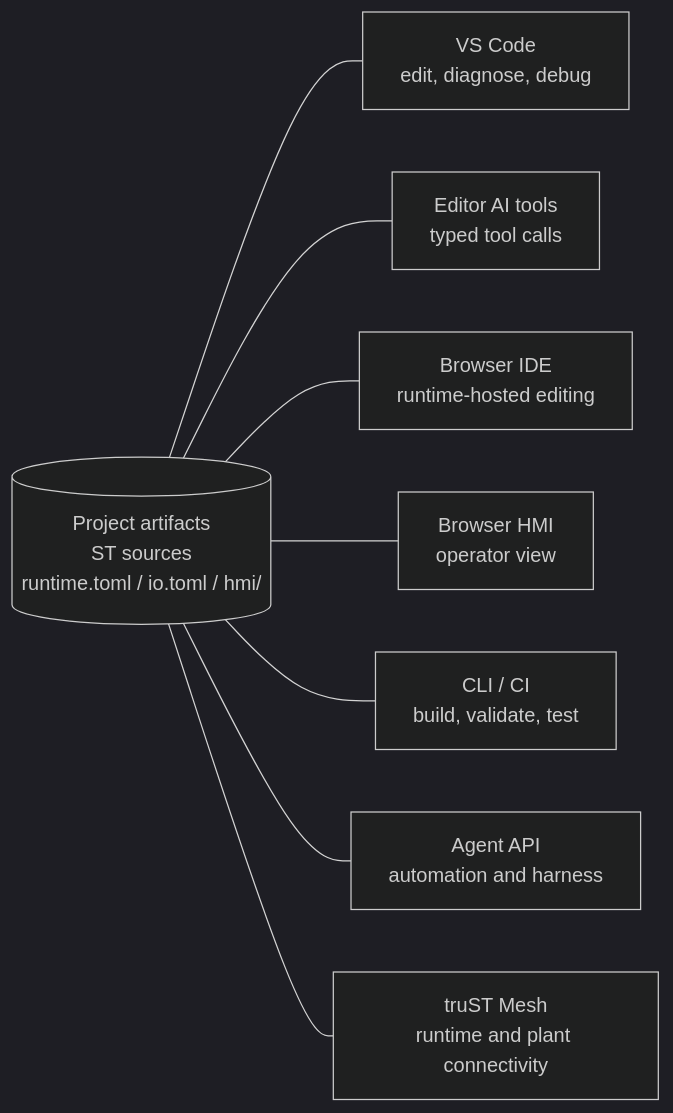
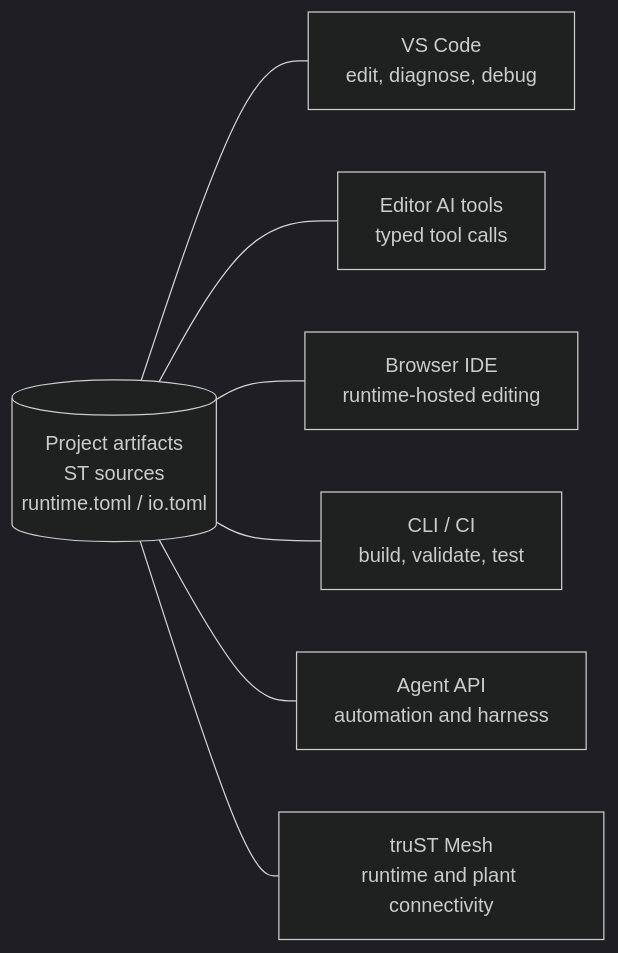
One commit to johannesPettersson80/trust-platform changed the diagram in docs/public/concepts/one-project.md. Above: the diagram before and after it, drawn with Mermaid (dark theme). The commit also changed other lines of this file and 3070 other files, not shown here.

````diff
--- a/docs/public/concepts/one-project.md
+++ b/docs/public/concepts/one-project.md
@@ -16,19 +16,17 @@
 ```mermaid
 flowchart LR
-    Project[(Project artifacts<br/>ST sources<br/>runtime.toml / io.toml / hmi/)]
+    Project[(Project artifacts<br/>ST sources<br/>runtime.toml / io.toml)]
     VSCode[VS Code<br/>edit, diagnose, debug]
     AiTools[Editor AI tools<br/>typed tool calls]
     BrowserIde[Browser IDE<br/>runtime-hosted editing]
-    Hmi[Browser HMI<br/>operator view]
     Cli[CLI / CI<br/>build, validate, test]
     Agent[Agent API<br/>automation and harness]
     Mesh[truST Mesh<br/>runtime and plant connectivity]
 
     Project --- VSCode
     Project --- AiTools
     Project --- BrowserIde
-    Project --- Hmi
     Project --- Cli
     Project --- Agent
     Project --- Mesh
 ```
````
